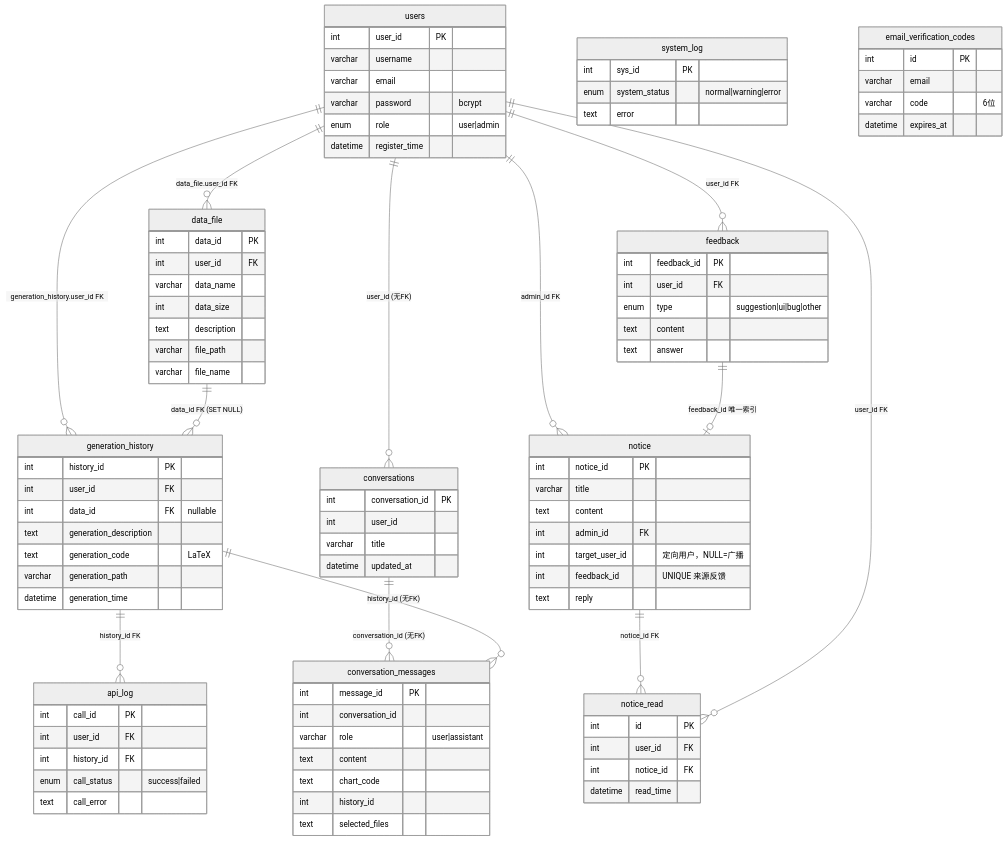
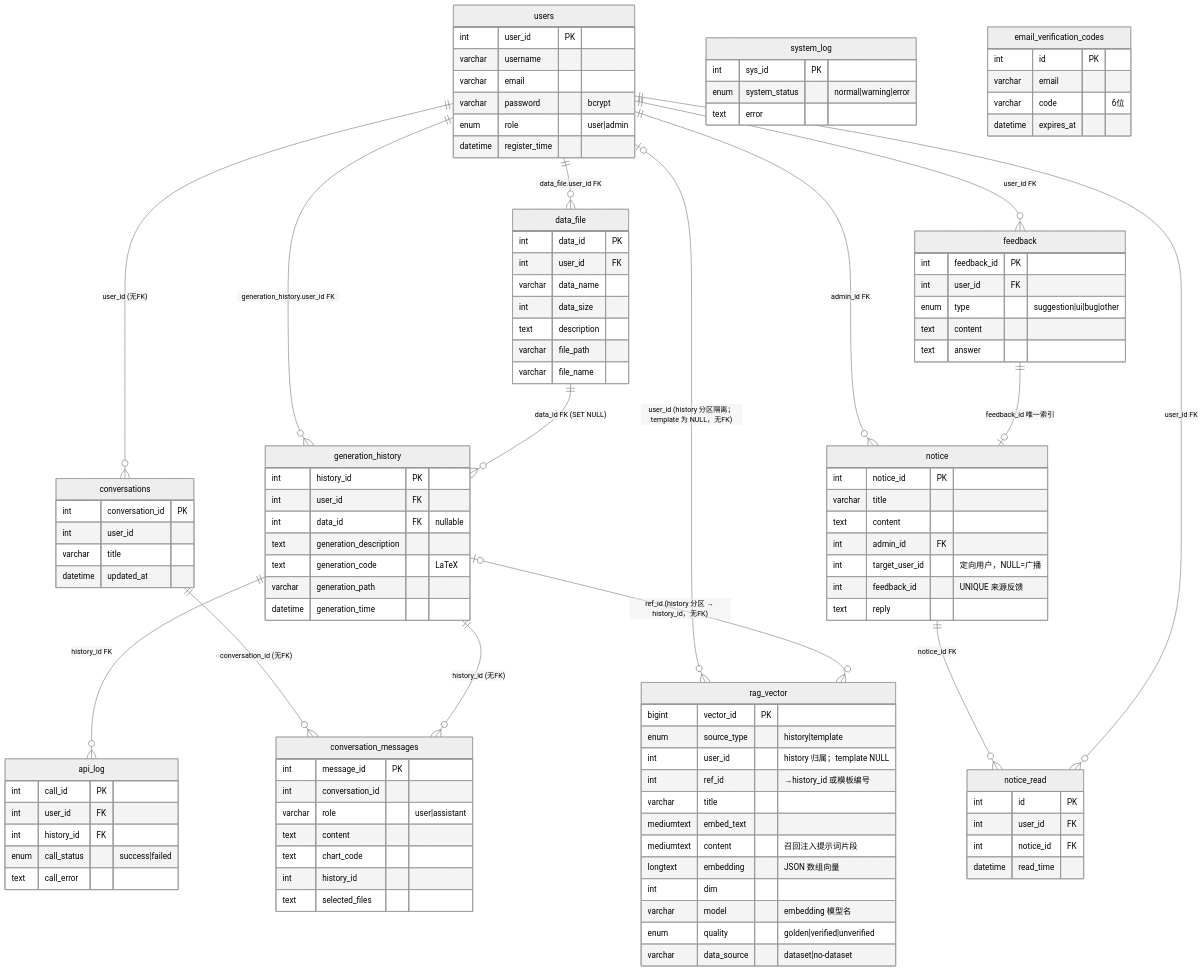
Before and after one commit to ljb202510/PGFPlotsGenerator: the seventh of 8 diagrams in docs/architecture.md, drawn with Mermaid (neutral theme). The commit also changed other lines of this file and 19 other files, not shown here.

````diff
--- a/docs/architecture.md
+++ b/docs/architecture.md
@@ -353,6 +356,8 @@
     conversations ||--o{ conversation_messages : "conversation_id (无FK)"
     generation_history ||--o{ conversation_messages : "history_id (无FK)"
     feedback ||--o| notice : "feedback_id 唯一索引"
+    users |o--o{ rag_vector : "user_id (history 分区隔离；template 为 NULL，无FK)"
+    generation_history |o--o{ rag_vector : "ref_id (history 分区 → history_id，无FK)"
 
     users {
         int user_id PK
@@ -435,4 +440,18 @@
         int history_id
         text selected_files
     }
+    rag_vector {
+        bigint vector_id PK
+        enum source_type "history|template"
+        int user_id "history 归属；template NULL"
+        int ref_id "→history_id 或模板编号"
+        varchar title
+        mediumtext embed_text
+        mediumtext content "召回注入提示词片段"
+        longtext embedding "JSON 数组向量"
+        int dim
+        varchar model "embedding 模型名"
+        enum quality "golden|verified|unverified"
+        varchar data_source "dataset|no-dataset"
+    }
 ```
````
